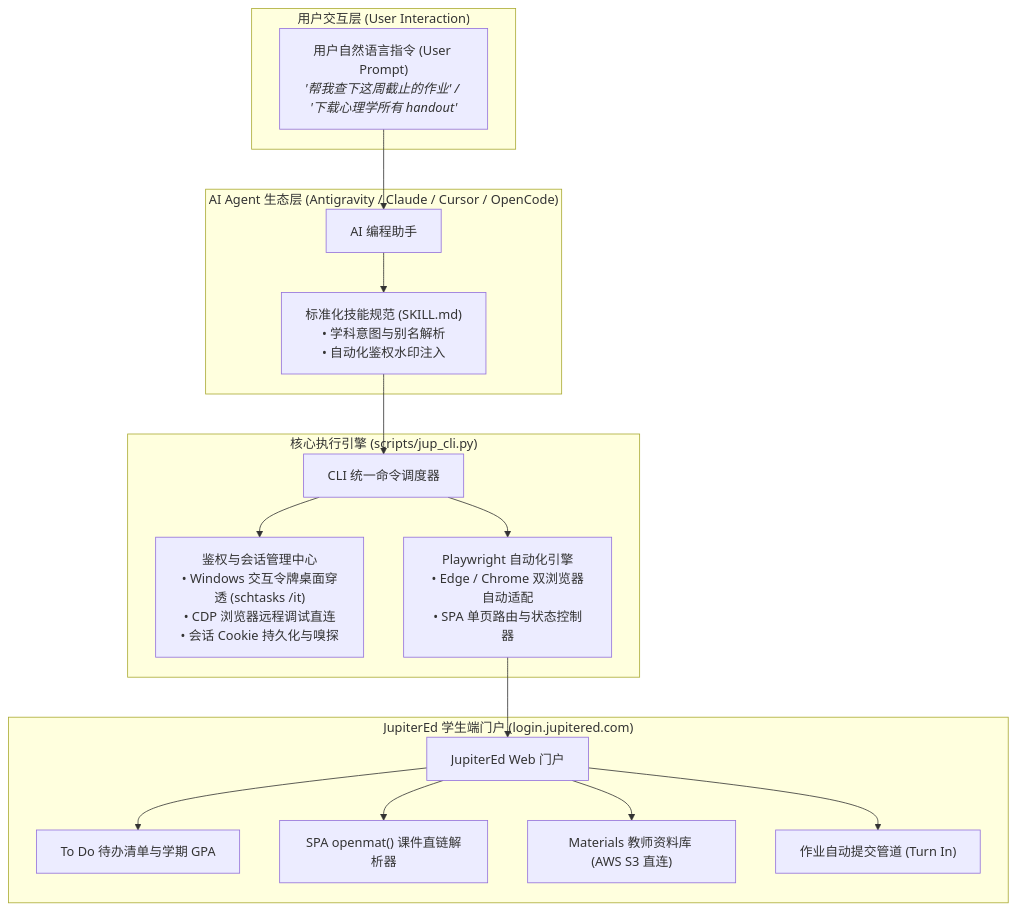
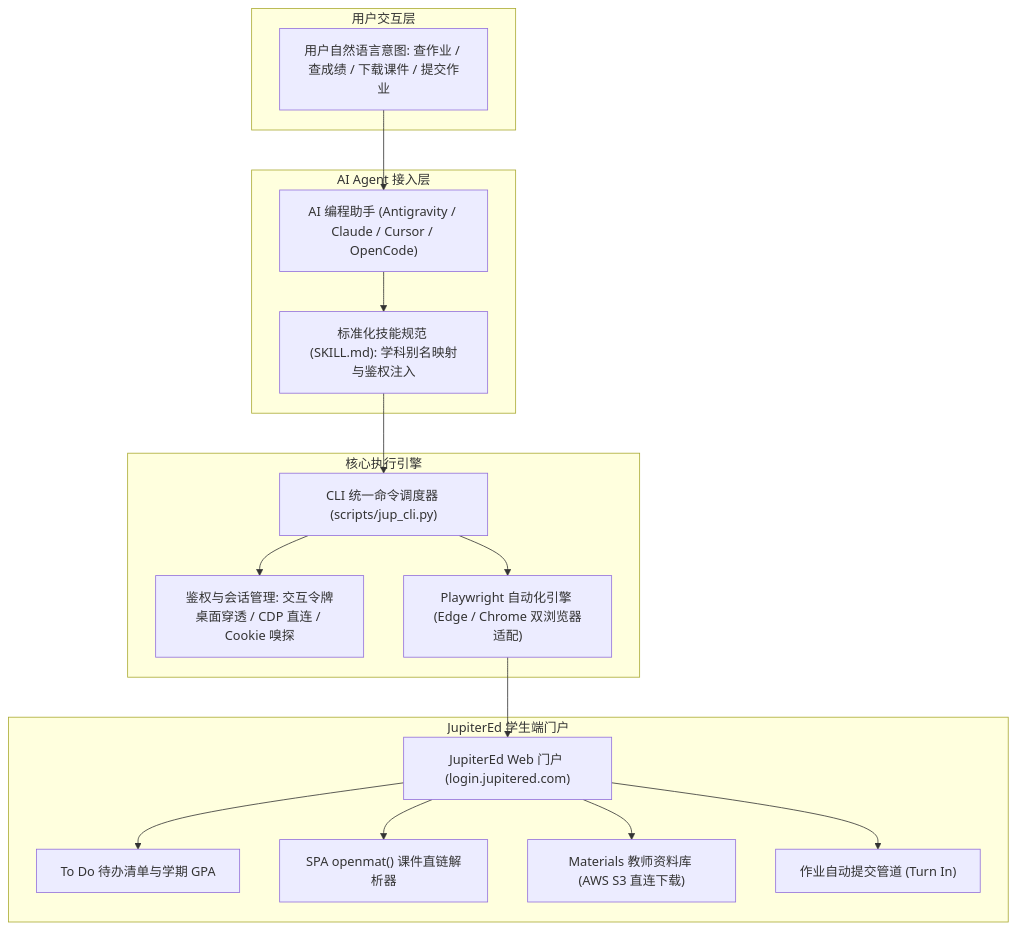
Before and after one commit to NMDX0721/jupitered-skills: the diagram in README_zh.md, drawn with Mermaid. The commit also changed 1 other file, not shown here.

Commit message:
fix(docs): resolve Mermaid rendering error by sanitizing HTML tags and quotes

````diff
--- a/README_zh.md
+++ b/README_zh.md
@@ -58,37 +58,37 @@
 ```mermaid
 flowchart TD
-    subgraph UserSpace ["用户交互层 (User Interaction)"]
-        Prompt["用户自然语言指令 (User Prompt)<br/><i>'帮我查下这周截止的作业' / '下载心理学所有 handout'</i>"]
+    subgraph UserSpace [用户交互层]
+        Prompt["用户自然语言意图: 查作业 / 查成绩 / 下载课件 / 提交作业"]
     end
 
-    subgraph AgentSpace ["AI Agent 生态层 (Antigravity / Claude / Cursor / OpenCode)"]
-        Agent["AI 编程助手"]
-        SkillInterface["标准化技能规范 (SKILL.md)<br/>• 学科意图与别名解析<br/>• 自动化鉴权水印注入"]
+    subgraph AgentSpace [AI Agent 接入层]
+        Agent["AI 编程助手 (Antigravity / Claude / Cursor / OpenCode)"]
+        SkillInterface["标准化技能规范 (SKILL.md): 学科别名映射与鉴权注入"]
         Agent --> SkillInterface
     end
 
-    subgraph CoreSpace ["核心执行引擎 (scripts/jup_cli.py)"]
-        CLI["CLI 统一命令调度器"]
-        AuthMgr["鉴权与会话管理中心<br/>• Windows 交互令牌桌面穿透 (schtasks /it)<br/>• CDP 浏览器远程调试直连<br/>• 会话 Cookie 持久化与嗅探"]
-        BrowserEngine["Playwright 自动化引擎<br/>• Edge / Chrome 双浏览器自动适配<br/>• SPA 单页路由与状态控制器"]
+    subgraph CoreSpace [核心执行引擎]
+        CLI["CLI 统一命令调度器 (scripts/jup_cli.py)"]
+        AuthMgr["鉴权与会话管理: 交互令牌桌面穿透 / CDP 直连 / Cookie 嗅探"]
+        BrowserEngine["Playwright 自动化引擎 (Edge / Chrome 双浏览器适配)"]
         CLI --> AuthMgr
         CLI --> BrowserEngine
     end
 
-    subgraph PortalSpace ["JupiterEd 学生端门户 (login.jupitered.com)"]
-        Portal["JupiterEd Web 门户"]
+    subgraph PortalSpace [JupiterEd 学生端门户]
+        Portal["JupiterEd Web 门户 (login.jupitered.com)"]
         ToDo["To Do 待办清单与学期 GPA"]
         OpenMat["SPA openmat() 课件直链解析器"]
-        Materials["Materials 教师资料库 (AWS S3 直连)"]
+        Materials["Materials 教师资料库 (AWS S3 直连下载)"]
         TurnIn["作业自动提交管道 (Turn In)"]
 
         Portal --> ToDo
         Portal --> OpenMat
         Portal --> Materials
         Portal --> TurnIn
     end
 
     Prompt --> Agent
     SkillInterface --> CLI
     BrowserEngine --> Portal
 ```
````
